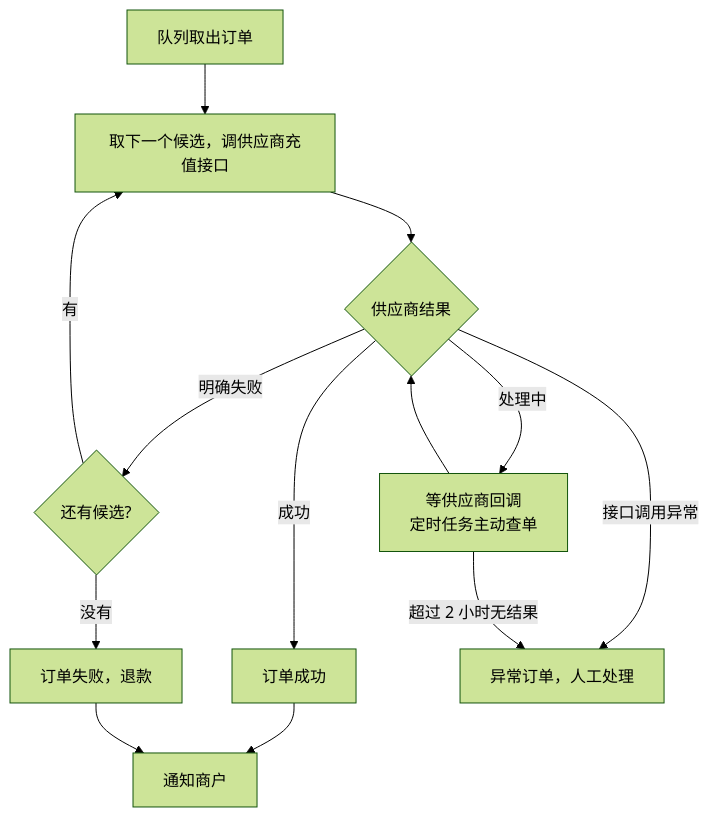
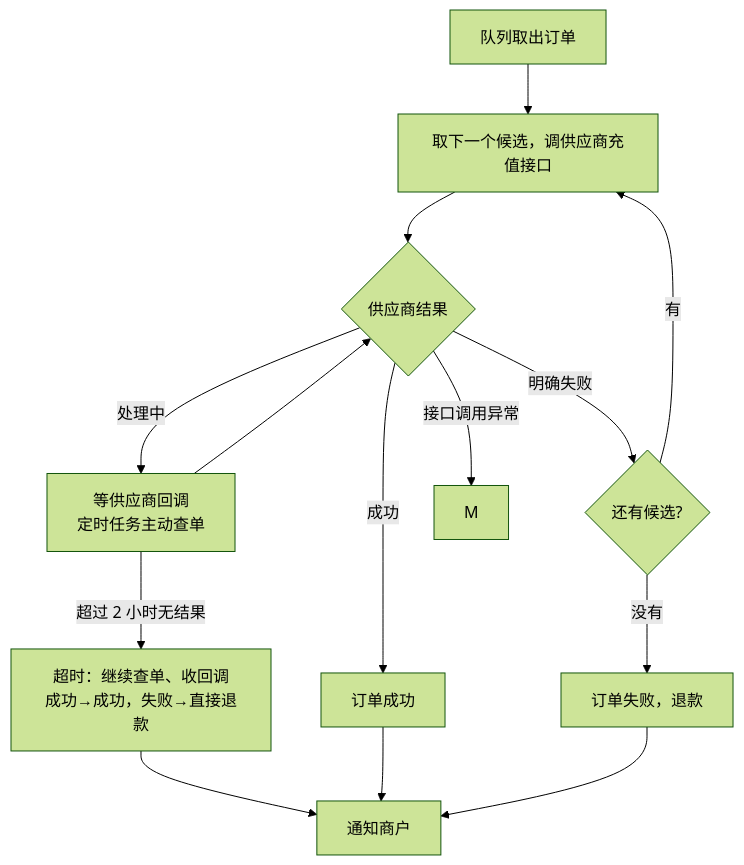
Before and after one commit to tankmask0924-ops/phoneBill: the third of 7 diagrams in docs/project.md, drawn with Mermaid (forest theme). The commit also changed other lines of this file and 17 other files, not shown here.

````diff
--- a/docs/project.md
+++ b/docs/project.md
@@ -138,15 +139,16 @@
 ```mermaid
 flowchart TD
     Q[队列取出订单] --> H[取下一个候选，调供应商充值接口]
     H --> I{供应商结果}
     I -- 成功 --> S[订单成功]
     I -- 明确失败 --> J{还有候选?}
     J -- 有 --> H
     J -- 没有 --> R[订单失败，退款]
     I -- 处理中 --> K["等供应商回调<br/>定时任务主动查单"]
     I -- 接口调用异常 --> M
     K --> I
-    K -- 超过 2 小时无结果 --> M[异常订单，人工处理]
+    K -- 超过 2 小时无结果 --> T["超时：继续查单、收回调<br/>成功→成功，失败→直接退款"]
+    T --> N
     S --> N[通知商户]
     R --> N
 ```
````
